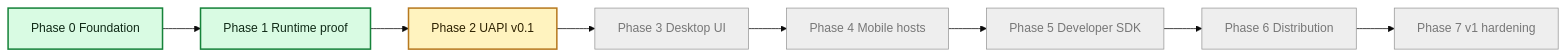
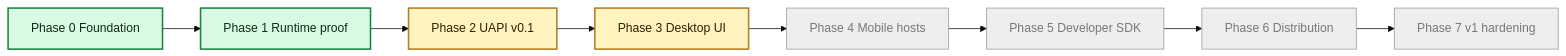
Before and after one commit to incyashraj/layer6x6: the second of 2 diagrams in docs/book/src/progress-for-everyone.md, drawn with Mermaid (base theme). The commit also changed other lines of this file and 19 other files, not shown here.

````diff
--- a/docs/book/src/progress-for-everyone.md
+++ b/docs/book/src/progress-for-everyone.md
@@ -86,12 +89,13 @@
 ```mermaid
 flowchart LR
     P0["Phase 0 Foundation"] --> P1["Phase 1 Runtime proof"] --> P2["Phase 2 UAPI v0.1"] --> P3["Phase 3 Desktop UI"] --> P4["Phase 4 Mobile hosts"] --> P5["Phase 5 Developer SDK"] --> P6["Phase 6 Distribution"] --> P7["Phase 7 v1 hardening"]
 
     classDef done fill:#d9fbe3,stroke:#16833a,color:#102a17,stroke-width:2px;
     classDef current fill:#fff3bf,stroke:#b7791f,color:#2d2100,stroke-width:2px;
     classDef pending fill:#eeeeee,stroke:#999999,color:#777777,stroke-width:1px;
 
     class P0,P1 done;
     class P2 current;
-    class P3,P4,P5,P6,P7 pending;
+    class P3 current;
+    class P4,P5,P6,P7 pending;
 ```
````
